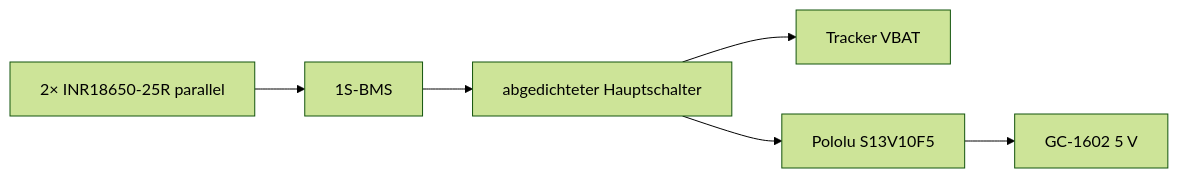
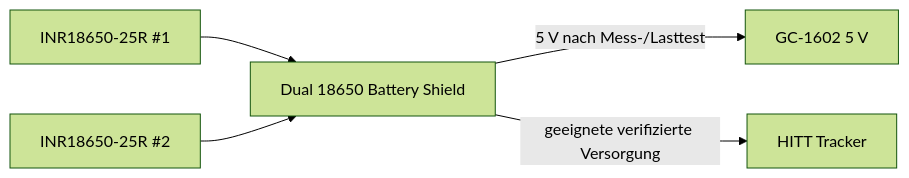
Before and after one commit to icepaule/IceGeigerCounter: the diagram in docs/v2/02-electrical-wiring.md, drawn with Mermaid (forest theme). The commit also changed other lines of this file, not shown here.

Commit message:
Update electrical wiring for integrated Battery Shield

````diff
--- a/docs/v2/02-electrical-wiring.md
+++ b/docs/v2/02-electrical-wiring.md
@@ -50,8 +52,7 @@
 ```mermaid
 flowchart LR
-    A[2× INR18650-25R parallel] --> B[1S-BMS]
-    B --> S[abgedichteter Hauptschalter]
-    S --> T[Tracker VBAT]
-    S --> P[Pololu S13V10F5]
-    P --> G[GC-1602 5 V]
+    C1[INR18650-25R #1] --> BS[Dual 18650 Battery Shield]
+    C2[INR18650-25R #2] --> BS
+    BS -->|5 V nach Mess-/Lasttest| GC[GC-1602 5 V]
+    BS -->|geeignete verifizierte Versorgung| T[HITT Tracker]
 ```
````
